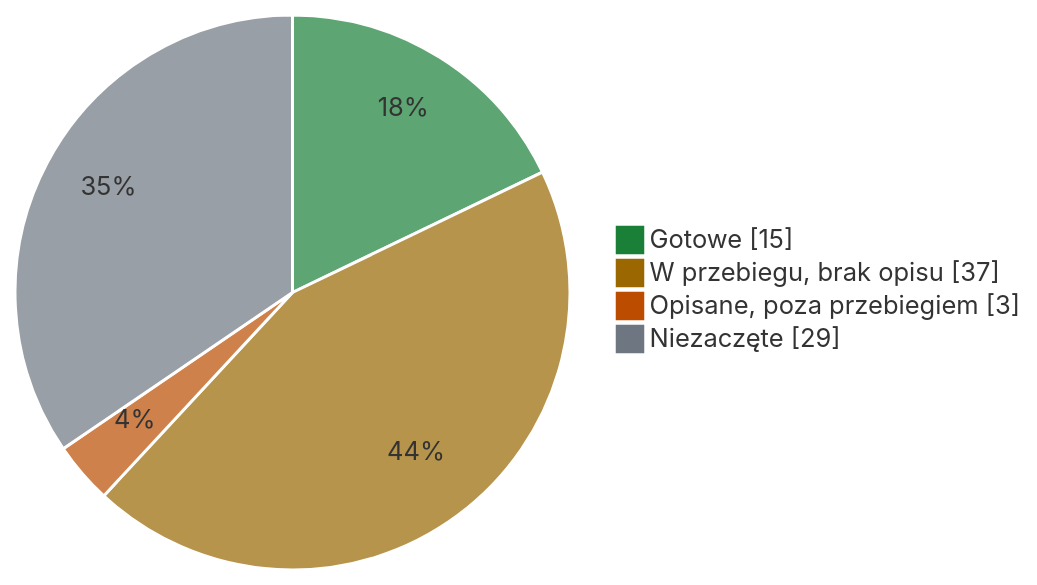
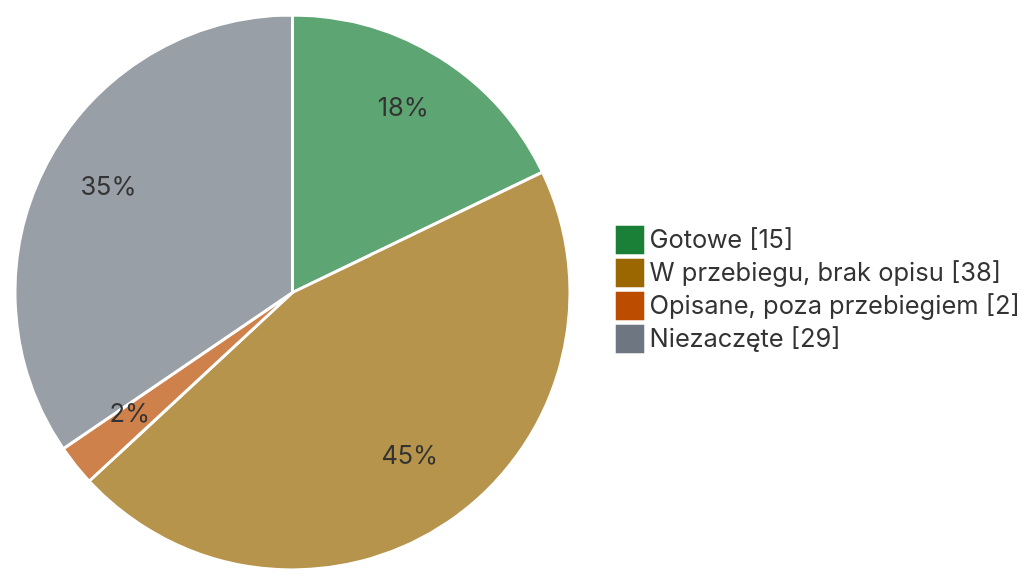
One commit to slayerlabs/benchmarks-fabryka-ai changed the diagram in research/STATUS.md. Above: the diagram before and after it, drawn with Mermaid. The commit also changed other lines of this file and 9 other files, not shown here.

````diff
--- a/research/STATUS.md
+++ b/research/STATUS.md
@@ -14,8 +14,8 @@
 ```mermaid
 %%{init: {'theme': 'base', 'themeVariables': {'pie1': '#1a7f37', 'pie2': '#9a6700', 'pie3': '#bc4c00', 'pie4': '#6e7781', 'pieStrokeColor': '#ffffff', 'pieOuterStrokeWidth': '0px'}}}%%
 pie showData
     "Gotowe" : 15
-    "W przebiegu, brak opisu" : 37
-    "Opisane, poza przebiegiem" : 3
+    "W przebiegu, brak opisu" : 38
+    "Opisane, poza przebiegiem" : 2
     "Niezaczęte" : 29
 ```
````
